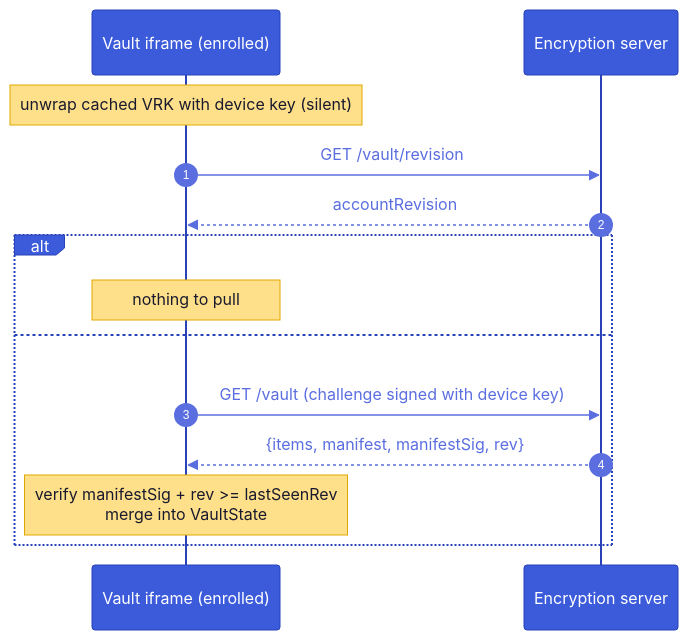
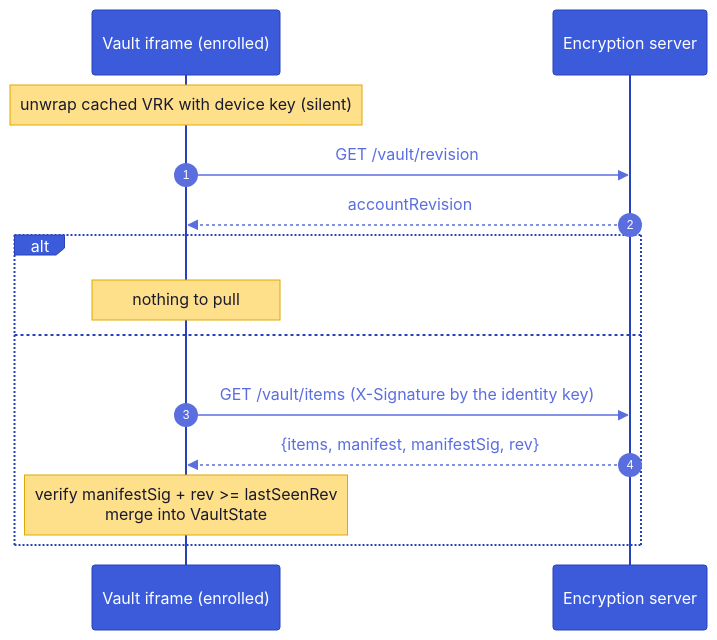
Diagram 11 of 22 in architecture.md (suitenumerique/encryption), drawn with Mermaid before and after one commit. The commit also changed other lines of this file, not shown here.

````diff
--- a/architecture.md
+++ b/architecture.md
@@ -625,17 +964,17 @@
 ```mermaid
 %%{init: {'theme':'base','themeVariables':{'actorBkg':'#3b5bdb','actorTextColor':'#fff','actorBorder':'#2942b8','signalColor':'#5b6ee0','signalTextColor':'#5b6ee0','noteBkgColor':'#ffe08a','noteTextColor':'#1a1a2e','noteBorderColor':'#e0a800','sequenceNumberColor':'#fff'}}}%%
 sequenceDiagram
   autonumber
   participant V as Vault iframe (enrolled)
   participant API as Encryption server
   Note over V: unwrap cached VRK with device key (silent)
   V->>API: GET /vault/revision
   API-->>V: accountRevision
   alt unchanged
     Note over V: nothing to pull
   else newer on server
-    V->>API: GET /vault (challenge signed with device key)
+    V->>API: GET /vault/items (X-Signature by the identity key)
     API-->>V: {items, manifest, manifestSig, rev}
     Note over V: verify manifestSig + rev >= lastSeenRev<br/>merge into VaultState
   end
 ```
````
